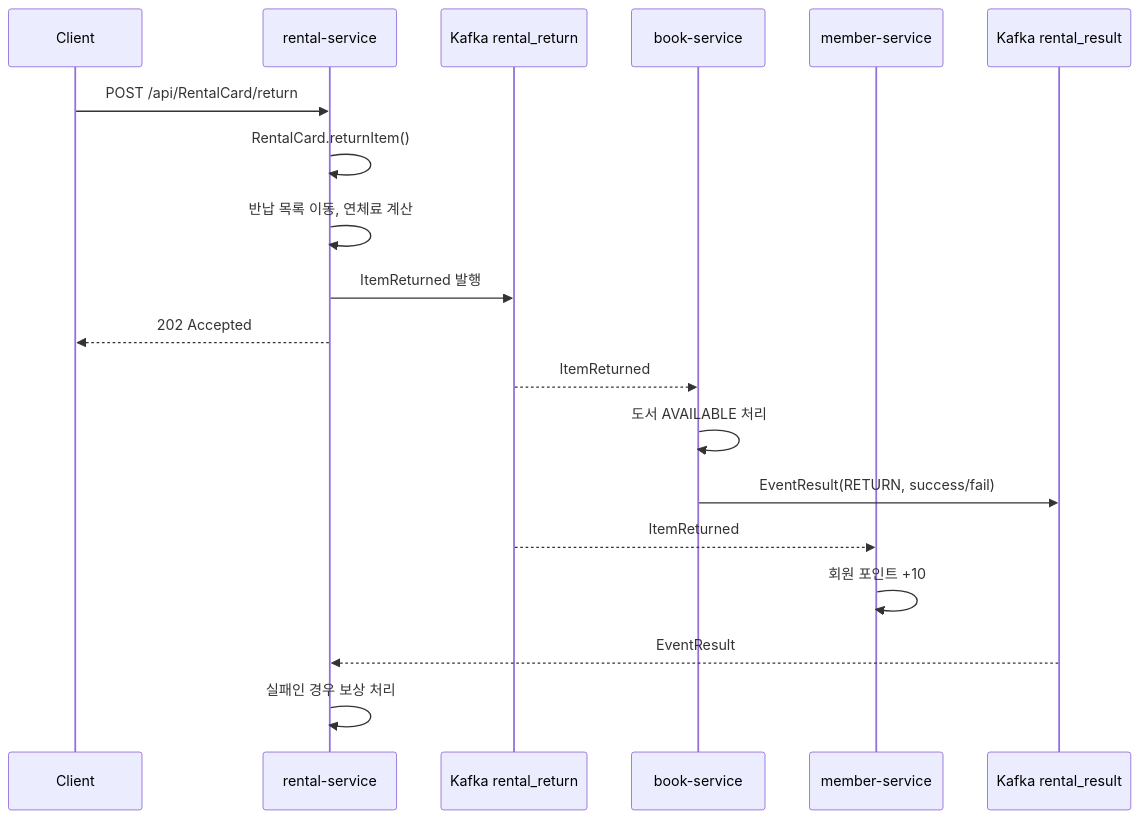
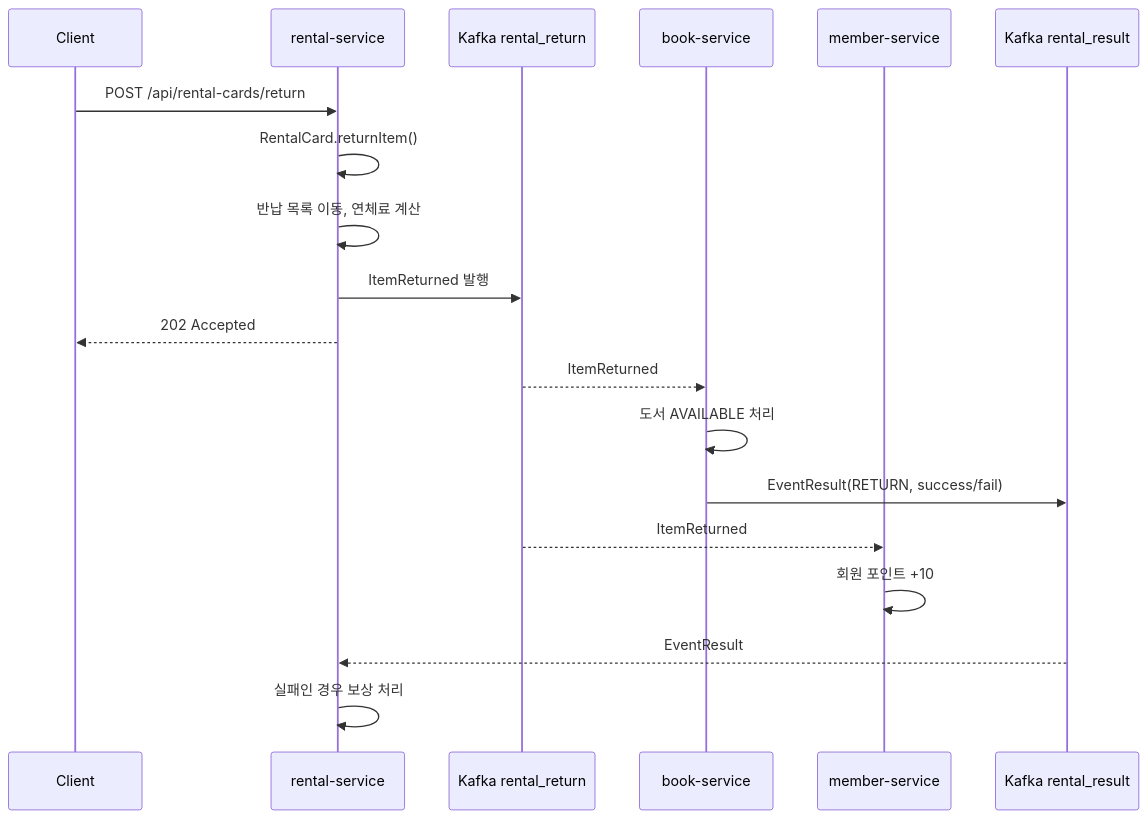
Before and after one commit to limjeahun/library-rental-eda: the third of 7 diagrams in README.md, drawn with Mermaid. The commit also changed other lines of this file and 72 other files, not shown here.

````diff
--- a/README.md
+++ b/README.md
@@ -309,25 +328,25 @@
 ```mermaid
 sequenceDiagram
     participant C as Client
     participant R as rental-service
     participant K as Kafka rental_return
     participant B as book-service
     participant M as member-service
     participant RR as Kafka rental_result
 
-    C->>R: POST /api/RentalCard/return
+    C->>R: POST /api/rental-cards/return
     R->>R: RentalCard.returnItem()
     R->>R: 반납 목록 이동, 연체료 계산
     R->>K: ItemReturned 발행
     R-->>C: 202 Accepted
 
     K-->>B: ItemReturned
     B->>B: 도서 AVAILABLE 처리
     B->>RR: EventResult(RETURN, success/fail)
 
     K-->>M: ItemReturned
     M->>M: 회원 포인트 +10
 
     RR-->>R: EventResult
     R->>R: 실패인 경우 보상 처리
 ```
````
